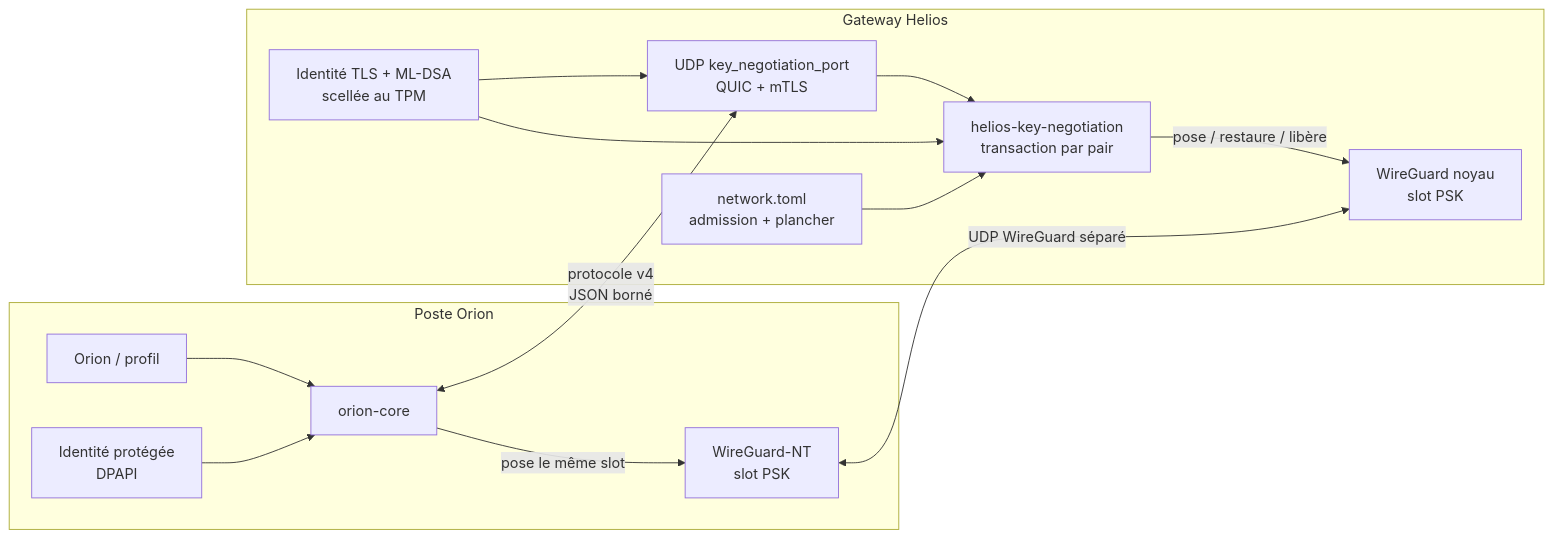
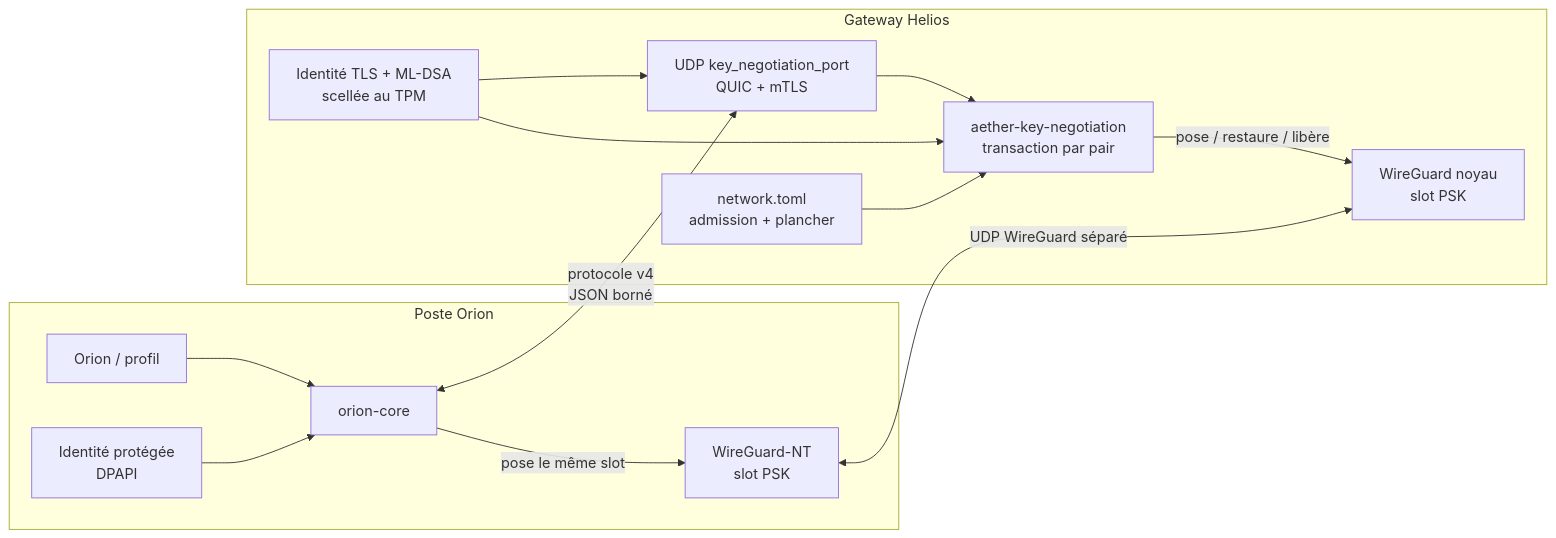
One commit to atxme/helios changed the first of 4 diagrams in docs/adr/ADR-005-NEGOCIATION-DE-CLE.md. Above: the diagram before and after it, drawn with Mermaid. The commit also changed 60 other files, not shown here.

````diff
--- a/docs/adr/ADR-005-NEGOCIATION-DE-CLE.md
+++ b/docs/adr/ADR-005-NEGOCIATION-DE-CLE.md
@@ -53,28 +53,28 @@
 ```mermaid
 flowchart LR
     subgraph Poste["Poste Orion"]
         UI["Orion / profil"]
         Store["Identité protégée<br/>DPAPI"]
         Client["orion-core"]
         WGClient["WireGuard-NT<br/>slot PSK"]
     end
 
     subgraph Gateway["Gateway Helios"]
         Public["UDP key_negotiation_port<br/>QUIC + mTLS"]
-        Handler["helios-key-negotiation<br/>transaction par pair"]
+        Handler["aether-key-negotiation<br/>transaction par pair"]
         WGServer["WireGuard noyau<br/>slot PSK"]
         Config["network.toml<br/>admission + plancher"]
         TPM["Identité TLS + ML-DSA<br/>scellée au TPM"]
     end
 
     UI --> Client
     Store --> Client
     Client <-->|"protocole v4<br/>JSON borné"| Public
     Public --> Handler
     TPM --> Public
     TPM --> Handler
     Config --> Handler
     Handler -->|"pose / restaure / libère"| WGServer
     Client -->|"pose le même slot"| WGClient
     WGClient <-->|"UDP WireGuard séparé"| WGServer
 ```
````
